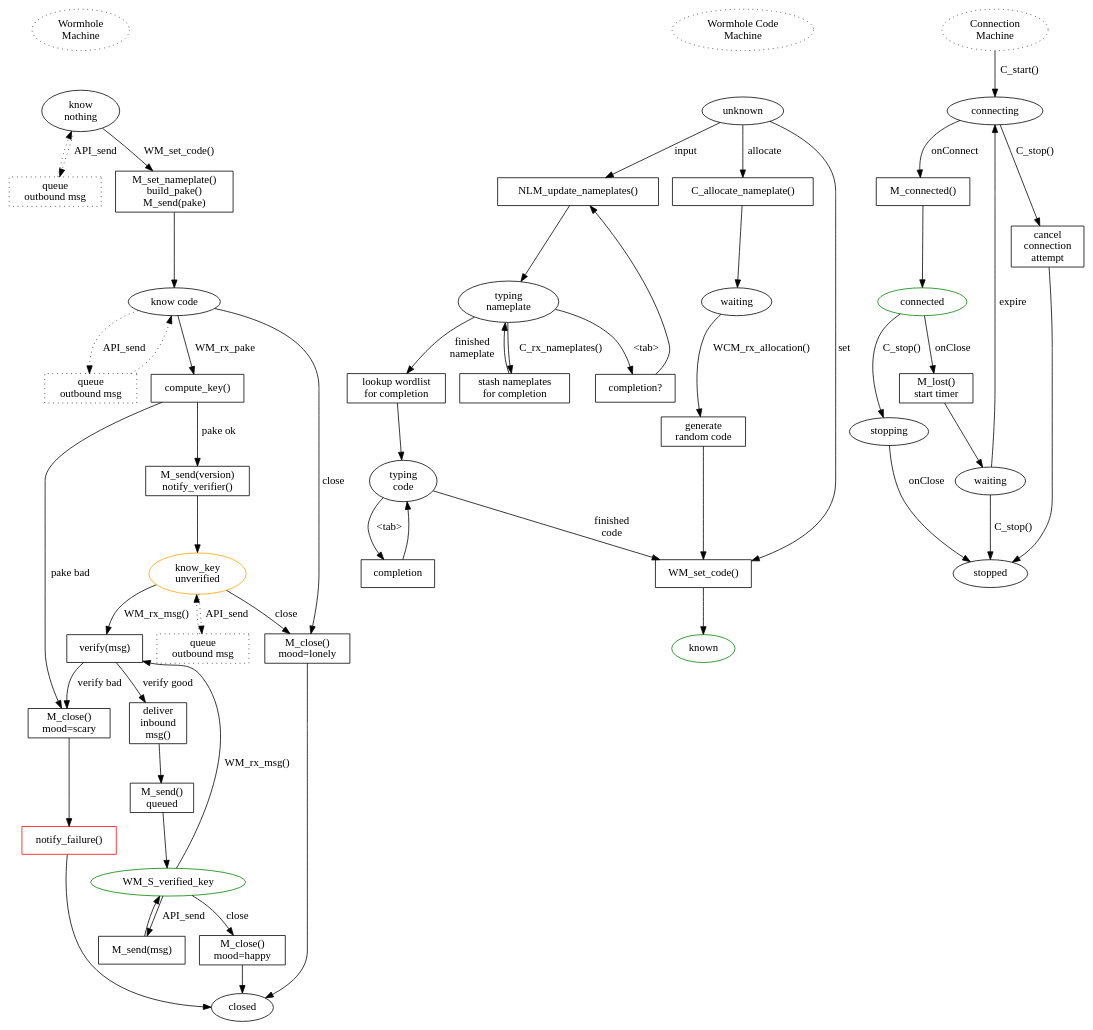
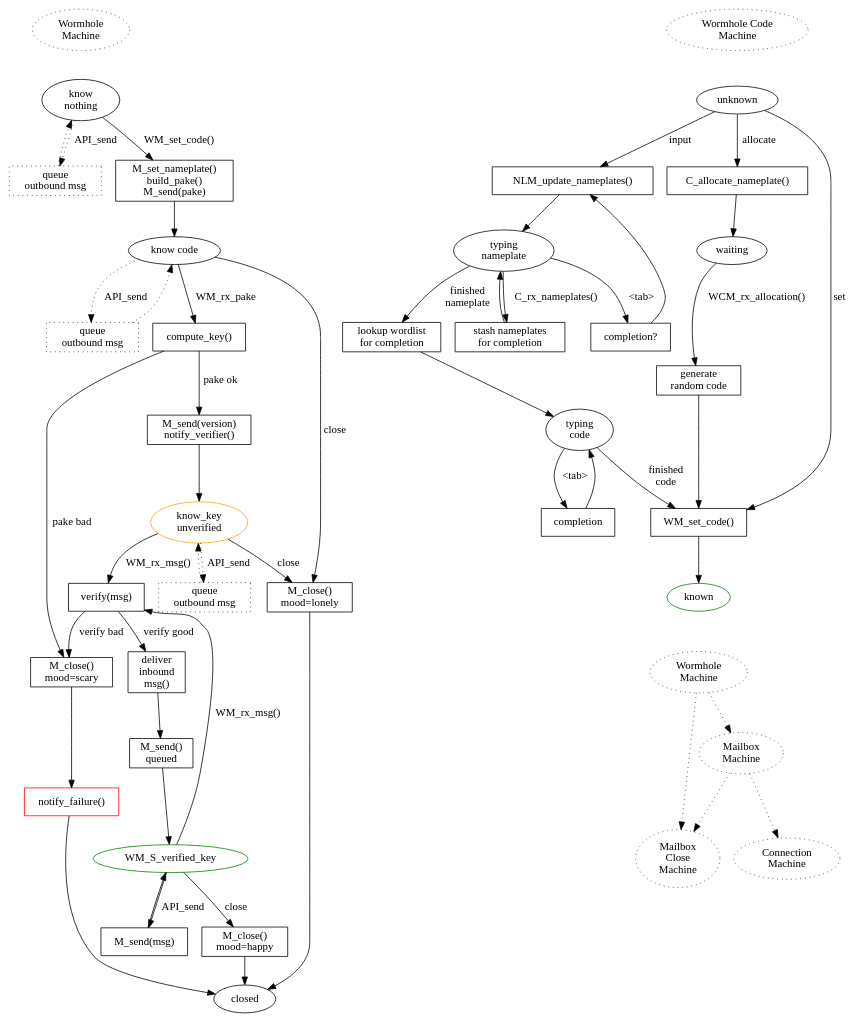
One commit to magic-wormhole/magic-wormhole changed the diagram in docs/w.dot. Above: the diagram before and after it, drawn with Graphviz. The commit also changed 2 other files, not shown here.

Commit message:
w4.dot: redraw Connection Machine to match

```diff
--- a/docs/w.dot
+++ b/docs/w.dot
@@ -197,26 +197,13 @@
         P2_P_process_v2 [shape="box" label="process v2"]
         */
 
-        /* ConnectionMachine */
-        C_start [label="Connection\nMachine" style="dotted"]
-        C_start -> C_S_connecting [label="C_start()"]
-        C_S_connecting [label="connecting"]
-        C_S_connecting -> C_P_connected [label="onConnect"]
-        C_P_connected [shape="box" label="M_connected()"]
-        C_P_connected -> C_S_connected
-        C_S_connecting -> C_P_stop_connecting [label="C_stop()"]
-        C_P_stop_connecting [shape="box" label="cancel\nconnection\nattempt"]
-        C_P_stop_connecting -> C_S_stopped
-        C_S_connected [label="connected" color="green"]
-        C_S_connected -> C_P_lost [label="onClose"]
-        C_P_lost [shape="box" label="M_lost()\nstart timer"]
-        C_P_lost -> C_S_waiting
-        C_S_waiting [label="waiting"]
-        C_S_waiting -> C_S_connecting [label="expire"]
-        C_S_waiting -> C_S_stopped [label="C_stop()"]
-        C_S_connected -> C_S_stopping [label="C_stop()"]
-        C_S_stopping [label="stopping"]
-        C_S_stopping -> C_S_stopped [label="onClose"]
-        C_S_stopped [label="stopped"]
-        
+        WCM_S_known -> O_WM [style="invis"]
+        O_WM [label="Wormhole\nMachine" style="dotted"]
+        O_WM -> O_MM [style="dotted"]
+        O_WM -> O_MCM [style="dotted"]
+        O_MM -> O_MCM [style="dotted"]
+        O_MM [label="Mailbox\nMachine" style="dotted"]
+        O_MCM [label="Mailbox\nClose\nMachine" style="dotted"]
+        O_MM -> O_CM [style="dotted"]
+        O_CM [label="Connection\nMachine" style="dotted"]
 }
```
